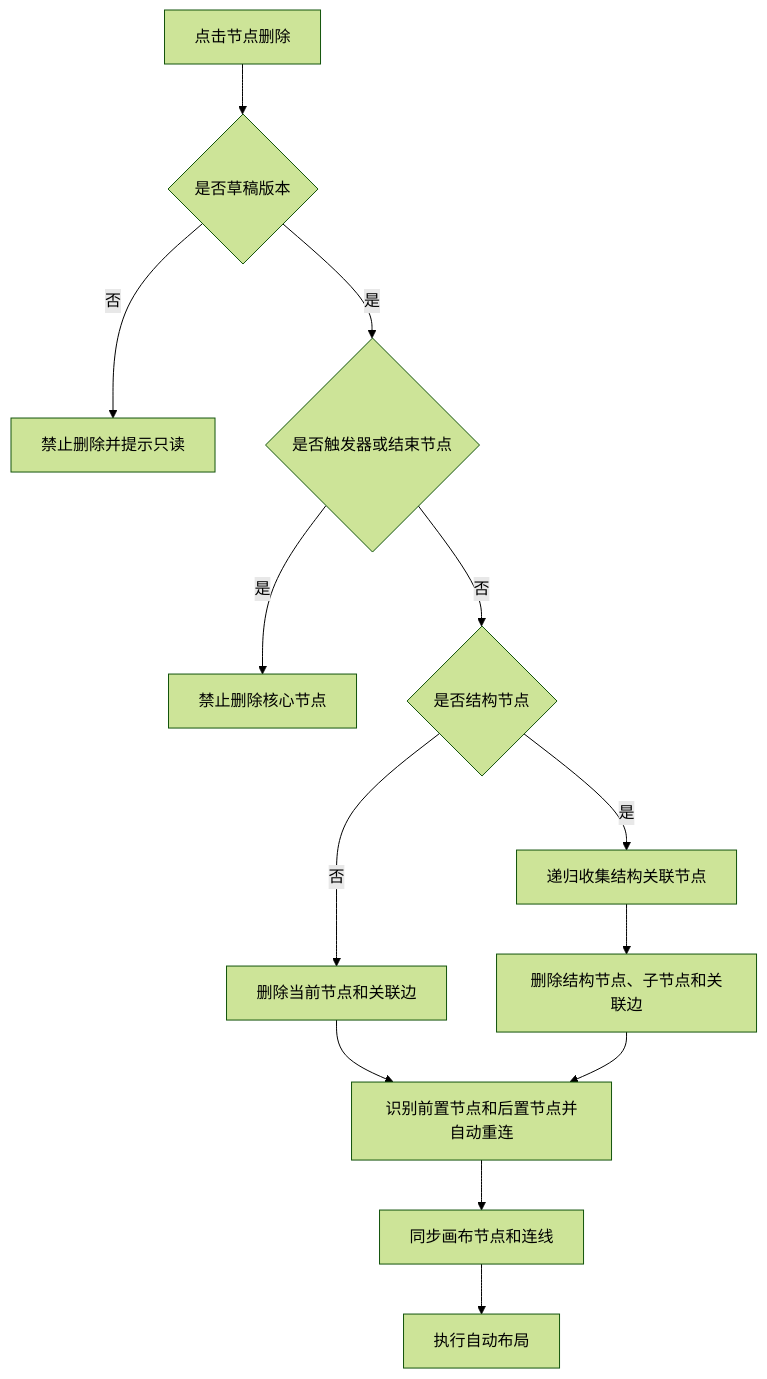
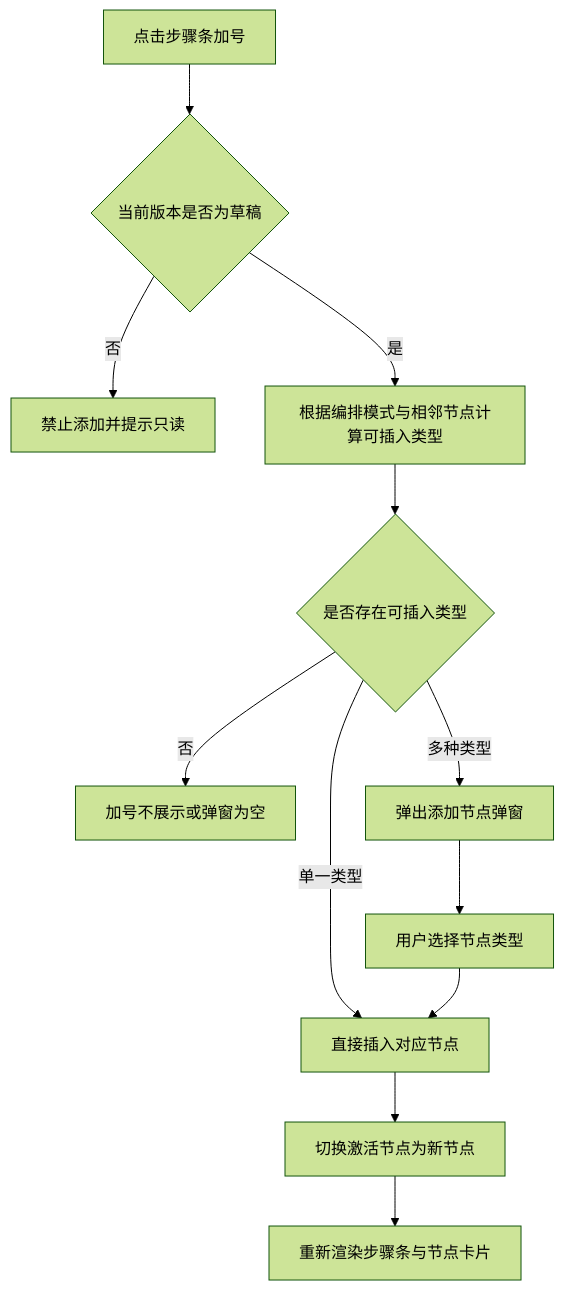
Before and after one commit to THZSummer/open-app: diagram 11 of 17 in front/doc/2026年6月文档/连接流配置需求设计说明书.md, drawn with Mermaid (forest theme). The commit also changed other lines of this file and 2 other files, not shown here.

````diff
--- a/front/doc/2026年6月文档/连接流配置需求设计说明书.md
+++ b/front/doc/2026年6月文档/连接流配置需求设计说明书.md
@@ -1038,15 +438,14 @@
 ```mermaid
 flowchart TD
-  ClickDelete[点击节点删除] --> CheckVersion{是否草稿版本}
-  CheckVersion -->|否| BlockDelete[禁止删除并提示只读]
-  CheckVersion -->|是| CheckNode{是否触发器或结束节点}
-  CheckNode -->|是| BlockCore[禁止删除核心节点]
-  CheckNode -->|否| CheckStructure{是否结构节点}
-  CheckStructure -->|否| RemoveNormal[删除当前节点和关联边]
-  CheckStructure -->|是| CollectRelated[递归收集结构关联节点]
-  CollectRelated --> RemoveStructure[删除结构节点、子节点和关联边]
-  RemoveNormal --> Reconnect[识别前置节点和后置节点并自动重连]
-  RemoveStructure --> Reconnect
-  Reconnect --> SyncCanvas[同步画布节点和连线]
-  SyncCanvas --> AutoLayout[执行自动布局]
+  ClickPlus[点击步骤条加号] --> CheckVersion{当前版本是否为草稿}
+  CheckVersion -->|否| BlockAdd[禁止添加并提示只读]
+  CheckVersion -->|是| ComputeOptions[根据编排模式与相邻节点计算可插入类型]
+  ComputeOptions --> HasOption{是否存在可插入类型}
+  HasOption -->|否| HideOptions[加号不展示或弹窗为空]
+  HasOption -->|单一类型| AutoInsert[直接插入对应节点]
+  HasOption -->|多种类型| OpenSelectModal[弹出添加节点弹窗]
+  OpenSelectModal --> UserChoose[用户选择节点类型]
+  UserChoose --> AutoInsert
+  AutoInsert --> ActivateNode[切换激活节点为新节点]
+  ActivateNode --> RenderStepper[重新渲染步骤条与节点卡片]
 ```
````
